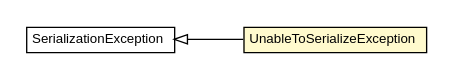
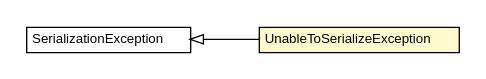
The diagram in javadoc/apidocs/org/turbogwt/core/http/client/serialization/UnableToSerializeException.dot (growbit/turbogwt-core), drawn with Graphviz before and after one commit. The commit also changed 275 other files, not shown here.

```diff
--- a/javadoc/apidocs/org/turbogwt/core/http/client/serialization/UnableToSerializeException.dot
+++ b/javadoc/apidocs/org/turbogwt/core/http/client/serialization/UnableToSerializeException.dot
@@ -1,27 +1,27 @@
 #!/usr/local/bin/dot
 #
 # Class diagram 
 # Generated by UMLGraph version R5_6-24-gf6e263 (http://www.umlgraph.org/)
 #
 
 digraph G {
-	edge [fontname="arial",fontsize=10,labelfontname="arial",labelfontsize=10];
-	node [fontname="arial",fontsize=10,shape=plaintext];
+	edge [fontname="Helvetica",fontsize=10,labelfontname="Helvetica",labelfontsize=10];
+	node [fontname="Helvetica",fontsize=10,shape=plaintext];
 	nodesep=0.25;
 	ranksep=0.5;
 	rankdir=LR;
 	// org.turbogwt.core.http.client.serialization.UnableToSerializeException
-	c3958 [label=<<table title="org.turbogwt.core.http.client.serialization.UnableToSerializeException" border="0" cellborder="1" cellspacing="0" cellpadding="2" port="p" bgcolor="lemonChiffon" href="./UnableToSerializeException.html">
+	c5472 [label=<<table title="org.turbogwt.core.http.client.serialization.UnableToSerializeException" border="0" cellborder="1" cellspacing="0" cellpadding="2" port="p" bgcolor="lemonChiffon" href="./UnableToSerializeException.html">
 		<tr><td><table border="0" cellspacing="0" cellpadding="1">
 <tr><td align="center" balign="center"> UnableToSerializeException </td></tr>
 		</table></td></tr>
-		</table>>, URL="./UnableToSerializeException.html", fontname="arial", fontcolor="black", fontsize=10.0];
+		</table>>, URL="./UnableToSerializeException.html", fontname="Helvetica", fontcolor="black", fontsize=10.0];
 	// org.turbogwt.core.http.client.serialization.SerializationException
-	c3961 [label=<<table title="org.turbogwt.core.http.client.serialization.SerializationException" border="0" cellborder="1" cellspacing="0" cellpadding="2" port="p" href="./SerializationException.html">
+	c5487 [label=<<table title="org.turbogwt.core.http.client.serialization.SerializationException" border="0" cellborder="1" cellspacing="0" cellpadding="2" port="p" href="./SerializationException.html">
 		<tr><td><table border="0" cellspacing="0" cellpadding="1">
 <tr><td align="center" balign="center"> SerializationException </td></tr>
 		</table></td></tr>
-		</table>>, URL="./SerializationException.html", fontname="arial", fontcolor="black", fontsize=10.0];
+		</table>>, URL="./SerializationException.html", fontname="Helvetica", fontcolor="black", fontsize=10.0];
 	//org.turbogwt.core.http.client.serialization.UnableToSerializeException extends org.turbogwt.core.http.client.serialization.SerializationException
-	c3961:p -> c3958:p [dir=back,arrowtail=empty];
+	c5487:p -> c5472:p [dir=back,arrowtail=empty];
 }
```
